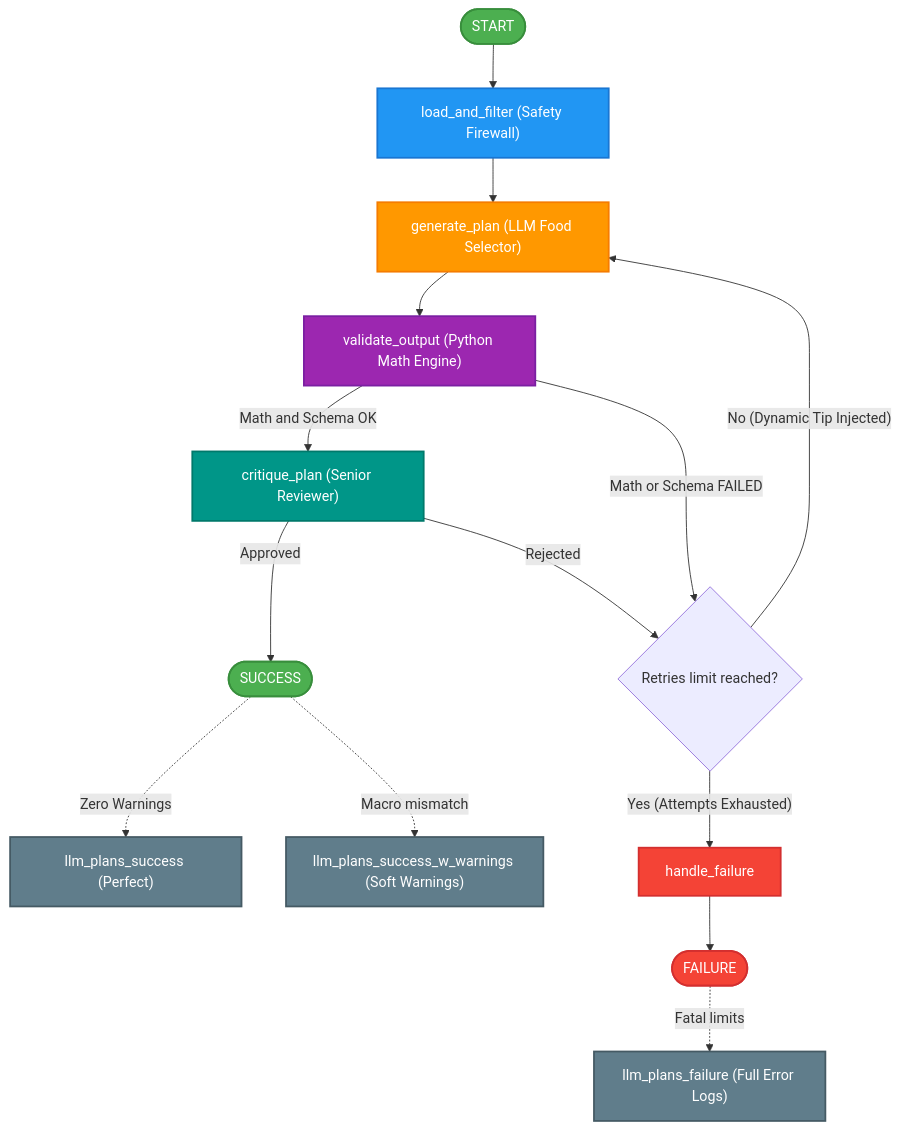
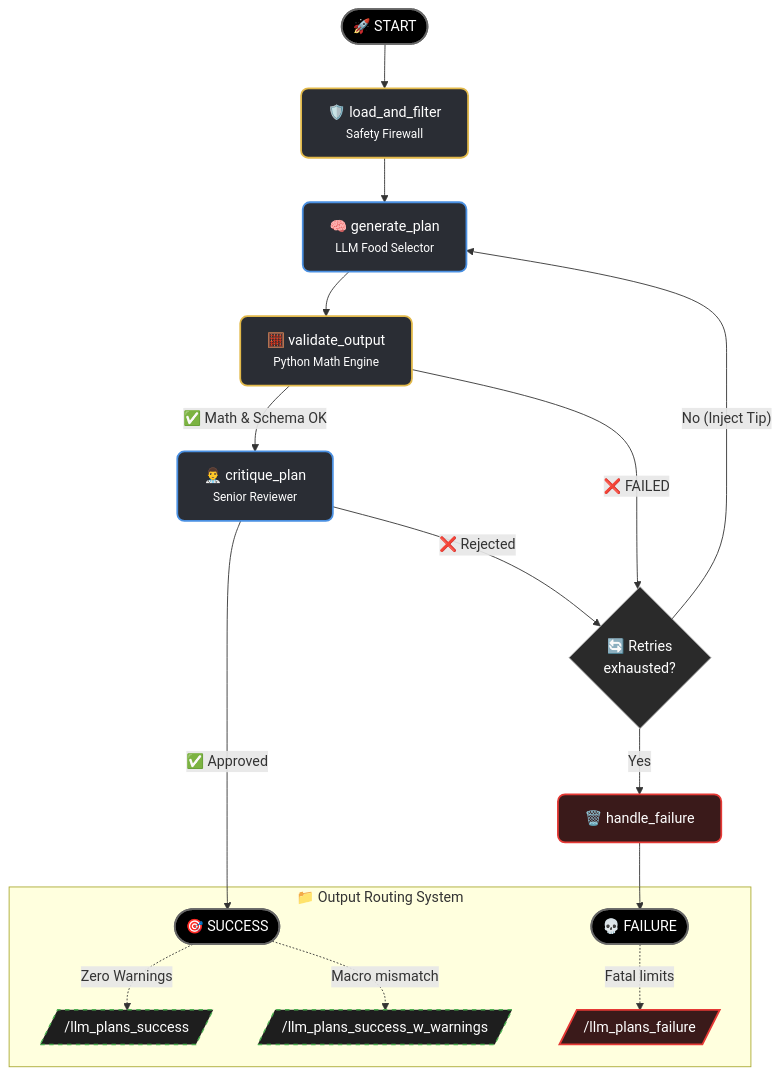
Before and after one commit to xRF06/UseCase_RodrigoRocha_Nutrium: the diagram in README.md, drawn with Mermaid. The commit also changed 1 other file, not shown here.

Commit message:
refactor: update architecture diagrams with improved styling, iconography, and subgraph routing

````diff
--- a/README.md
+++ b/README.md
@@ -7,31 +7,35 @@
 ```mermaid
-graph TD
-    %% Define styles
-    classDef startEnd fill:#4CAF50,color:#fff,stroke:#388E3C,stroke-width:2px;
-    classDef failure fill:#f44336,color:#fff,stroke:#d32f2f,stroke-width:2px;
-    classDef action fill:#2196F3,color:#fff,stroke:#1976D2,stroke-width:2px;
-    classDef api fill:#FF9800,color:#fff,stroke:#F57C00,stroke-width:2px;
-    classDef logic fill:#9C27B0,color:#fff,stroke:#7B1FA2,stroke-width:2px;
-    classDef review fill:#009688,color:#fff,stroke:#00796B,stroke-width:2px;
-    classDef io fill:#607D8B,color:#fff,stroke:#455A64,stroke-width:2px;
+flowchart TD
+    %% Global Styles
+    classDef default fill:#1E1E1E,stroke:#444,stroke-width:1px,color:#FFF,rx:8px,ry:8px;
+    classDef startEnd fill:#000000,stroke:#666,stroke-width:2px,color:#FFF,rx:20px,ry:20px;
+    classDef ai fill:#2A2D34,stroke:#4A90E2,stroke-width:2px,color:#FFF;
+    classDef python fill:#2A2D34,stroke:#E2B94A,stroke-width:2px,color:#FFF;
+    classDef io fill:#1E1E1E,stroke:#4CAF50,stroke-width:1.5px,color:#FFF,stroke-dasharray: 5 5;
+    classDef error fill:#3A1A1A,stroke:#E53935,stroke-width:2px,color:#FFF;
+    classDef condition fill:#2A2A2A,stroke:#9E9E9E,stroke-width:1px,color:#FFF;
 
     %% Nodes
-    A([START]):::startEnd --> B["load_and_filter (Safety Firewall)"]:::action
-    B --> C["generate_plan (LLM Food Selector)"]:::api
-    C --> D["validate_output (Python Math Engine)"]:::logic
+    START([🚀 START]):::startEnd --> FILTER["🛡️ load_and_filter<br/><small>Safety Firewall</small>"]:::python
     
-    D -->|"Math and Schema OK"| E["critique_plan (Senior Reviewer)"]:::review
-    D -->|"Math or Schema FAILED"| F{"Retries limit reached?"}
+    FILTER --> GEN["🧠 generate_plan<br/><small>LLM Food Selector</small>"]:::ai
     
-    E -->|"Approved"| G([SUCCESS]):::startEnd
-    E -->|"Rejected"| F
+    GEN --> VAL["🧮 validate_output<br/><small>Python Math Engine</small>"]:::python
     
-    F -->|"No (Dynamic Tip Injected)"| C
-    F -->|"Yes (Attempts Exhausted)"| H["handle_failure"]:::failure
-    H --> I([FAILURE]):::failure
+    VAL -- "✅ Math & Schema OK" --> CRIT["👨‍⚕️ critique_plan<br/><small>Senior Reviewer</small>"]:::ai
+    VAL -- "❌ FAILED" --> RETRY{"🔄 Retries<br/>exhausted?"}:::condition
+    
+    CRIT -- "✅ Approved" --> SUCC([🎯 SUCCESS]):::startEnd
+    CRIT -- "❌ Rejected" --> RETRY
+    
+    RETRY -- "No (Inject Tip)" --> GEN
+    RETRY -- "Yes" --> FAIL_NODE["🗑️ handle_failure"]:::error
+    FAIL_NODE --> FAIL_END([💀 FAILURE]):::startEnd
 
     %% Output Routing
-    G -.-> |"Zero Warnings"| J_S["llm_plans_success (Perfect)"]:::io
-    G -.-> |"Macro mismatch"| J_W["llm_plans_success_w_warnings (Soft Warnings)"]:::io
-    I -.-> |"Fatal limits"| J_F["llm_plans_failure (Full Error Logs)"]:::io
+    subgraph Routing ["📁 Output Routing System"]
+        SUCC -.->|"Zero Warnings"| J_S[/"/llm_plans_success"/]:::io
+        SUCC -.->|"Macro mismatch"| J_W[/"/llm_plans_success_w_warnings"/]:::io
+        FAIL_END -.->|"Fatal limits"| J_F[/"/llm_plans_failure"/]:::error
+    end
 ```
````
